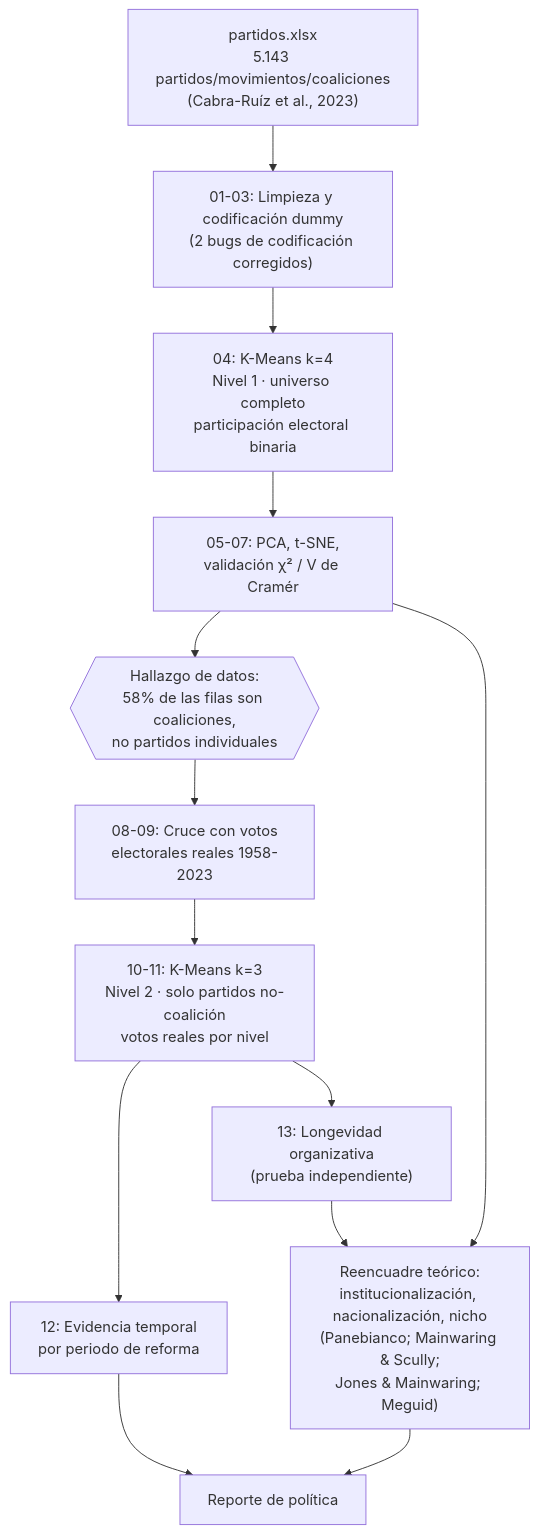
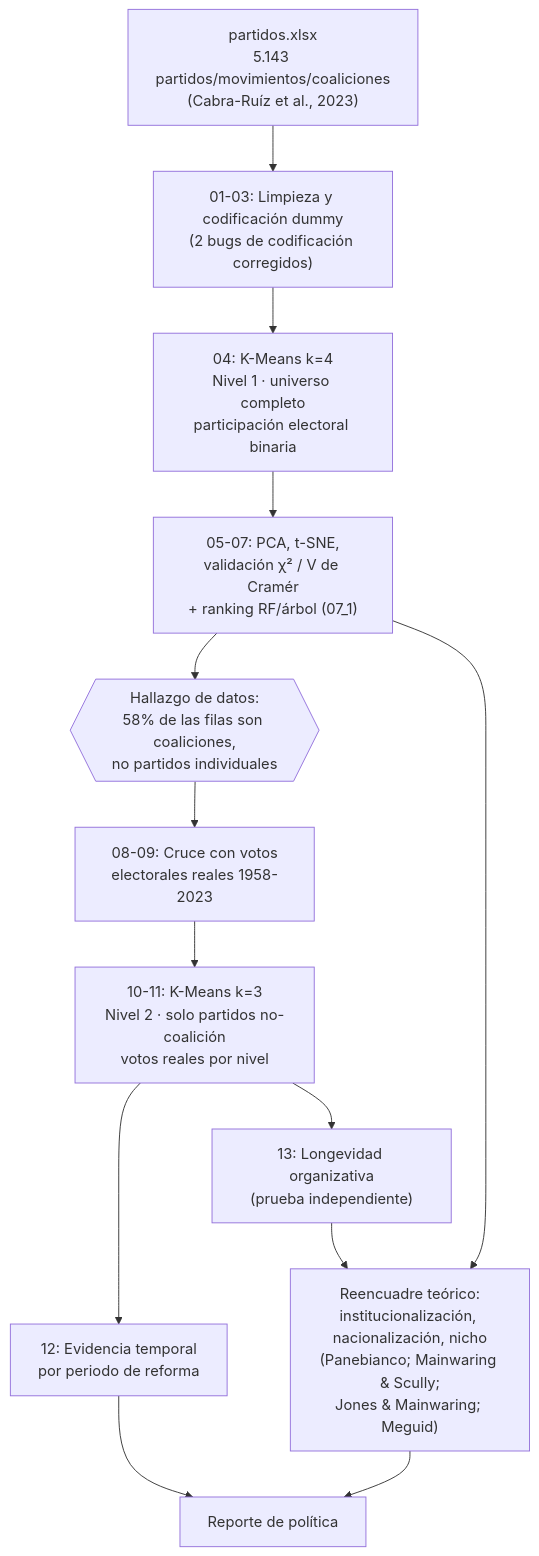
One commit to andrezconz/curso-machine-learning-2026-tf changed the diagram in README.md. Above: the diagram before and after it, drawn with Mermaid. The commit also changed other lines of this file and 13 other files, not shown here.

````diff
--- a/README.md
+++ b/README.md
@@ -74,15 +75,15 @@
 ```mermaid
 flowchart TD
     A["partidos.xlsx<br/>5.143 partidos/movimientos/coaliciones<br/>(Cabra-Ruíz et al., 2023)"] --> B["01-03: Limpieza y codificación dummy<br/>(2 bugs de codificación corregidos)"]
     B --> C["04: K-Means k=4<br/>Nivel 1 · universo completo<br/>participación electoral binaria"]
-    C --> D["05-07: PCA, t-SNE,<br/>validación χ² / V de Cramér"]
+    C --> D["05-07: PCA, t-SNE,<br/>validación χ² / V de Cramér<br/>+ ranking RF/árbol (07_1)"]
     D --> E{{"Hallazgo de datos:<br/>58% de las filas son coaliciones,<br/>no partidos individuales"}}
     E --> F["08-09: Cruce con votos<br/>electorales reales 1958-2023"]
     F --> G["10-11: K-Means k=3<br/>Nivel 2 · solo partidos no-coalición<br/>votos reales por nivel"]
     G --> H["12: Evidencia temporal<br/>por periodo de reforma"]
     G --> I["13: Longevidad organizativa<br/>(prueba independiente)"]
     D --> J["Reencuadre teórico:<br/>institucionalización, nacionalización, nicho<br/>(Panebianco; Mainwaring & Scully;<br/>Jones & Mainwaring; Meguid)"]
     H --> K["Reporte de política"]
     I --> J
     J --> K
 ```
````
